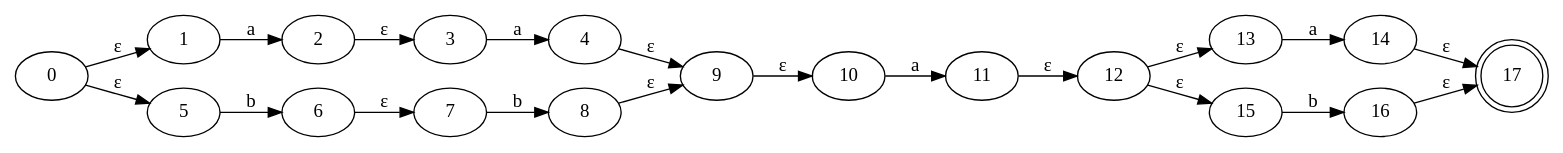
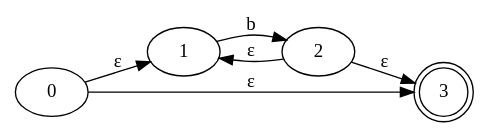
Before and after one commit to jua16073/lenguajes_proy1: the diagram in test-output/nfa.gv, drawn with Graphviz. The commit also changed 10 other files, not shown here.

```diff
--- a/test-output/nfa.gv
+++ b/test-output/nfa.gv
@@ -1,40 +1,12 @@
 digraph Automata {
 	rankdir=LR
 	0 [label=0]
 	0 -> 1 [label="ε"]
-	0 -> 5 [label="ε"]
+	0 -> 3 [label="ε"]
 	1 [label=1]
-	1 -> 2 [label=a]
+	1 -> 2 [label=b]
 	2 [label=2]
+	2 -> 1 [label="ε"]
 	2 -> 3 [label="ε"]
-	3 [label=3]
-	3 -> 4 [label=a]
-	4 [label=4]
-	4 -> 9 [label="ε"]
-	5 [label=5]
-	5 -> 6 [label=b]
-	6 [label=6]
-	6 -> 7 [label="ε"]
-	7 [label=7]
-	7 -> 8 [label=b]
-	8 [label=8]
-	8 -> 9 [label="ε"]
-	9 [label=9]
-	9 -> 10 [label="ε"]
-	10 [label=10]
-	10 -> 11 [label=a]
-	11 [label=11]
-	11 -> 12 [label="ε"]
-	12 [label=12]
-	12 -> 13 [label="ε"]
-	12 -> 15 [label="ε"]
-	13 [label=13]
-	13 -> 14 [label=a]
-	14 [label=14]
-	14 -> 17 [label="ε"]
-	15 [label=15]
-	15 -> 16 [label=b]
-	16 [label=16]
-	16 -> 17 [label="ε"]
-	17 [label=17 shape=doublecircle]
+	3 [label=3 shape=doublecircle]
 }
```
